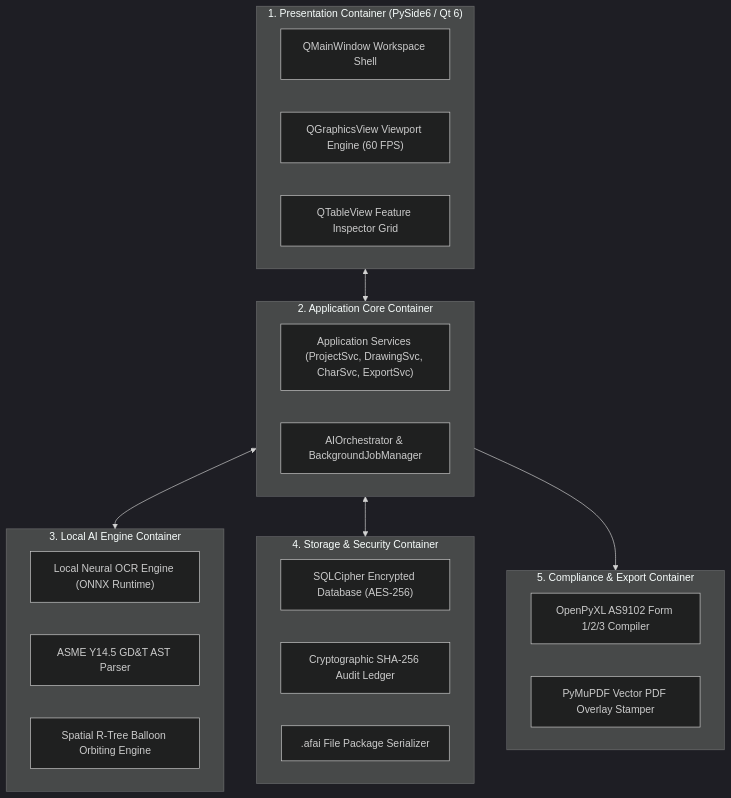
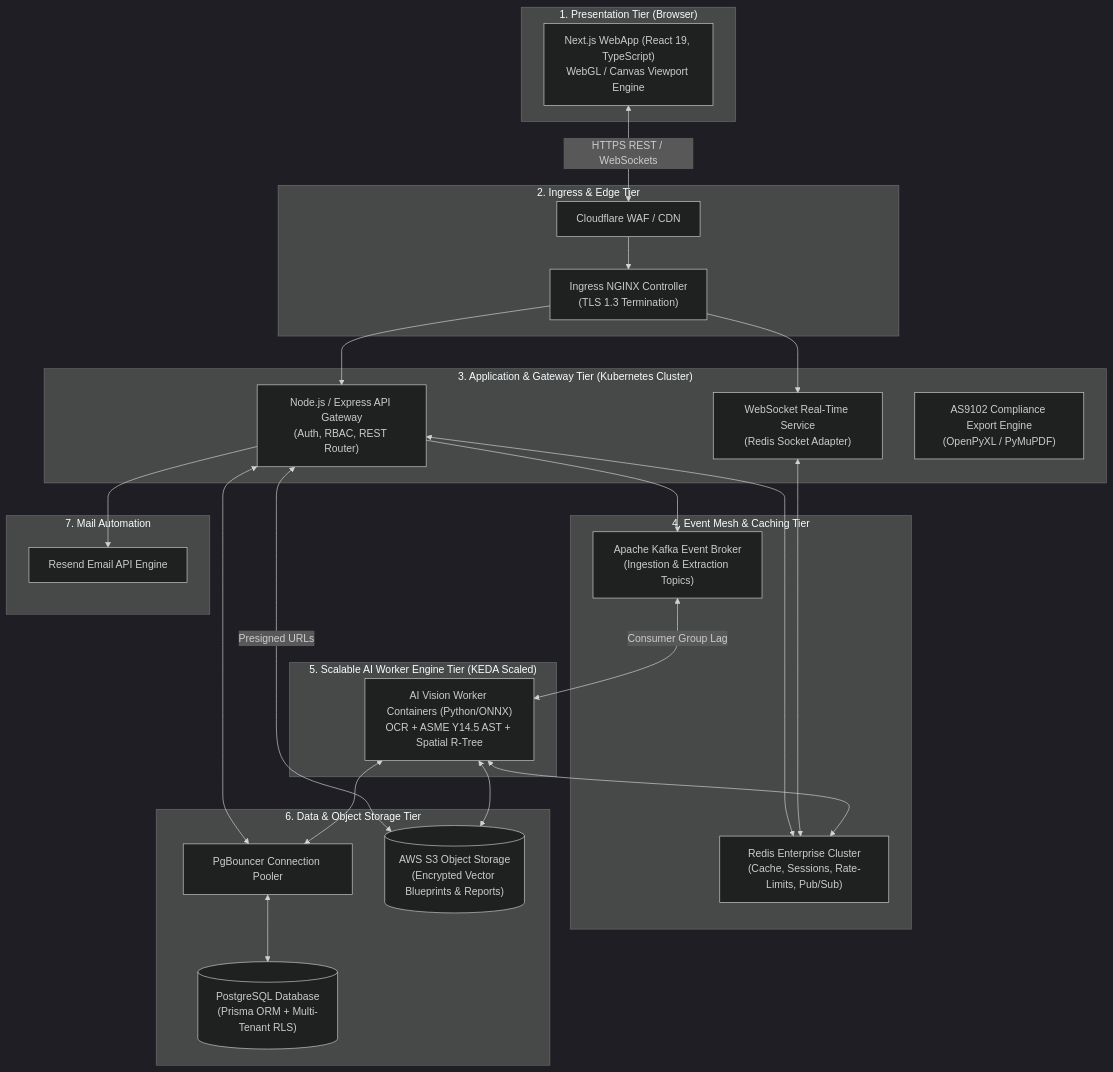
One commit to LoonistApp/Loonist changed the second of 5 diagrams in Phase_2_High_Level_Design.md. Above: the diagram before and after it, drawn with Mermaid (dark theme). The commit also changed other lines of this file and 4 other files, not shown here.

Commit message:
Refactor Phase 3 architecture document to remove bullet lists and improve flow

````diff
--- a/Phase_2_High_Level_Design.md
+++ b/Phase_2_High_Level_Design.md
@@ -59,35 +79,55 @@
 ```mermaid
 flowchart TD
-    subgraph Presentation_Container ["1. Presentation Container (PySide6 / Qt 6)"]
-        UI_Shell["QMainWindow Workspace Shell"]
-        UI_Canvas["QGraphicsView Viewport Engine (60 FPS)"]
-        UI_Grid["QTableView Feature Inspector Grid"]
+    subgraph Client_Tier ["1. Presentation Tier (Browser)"]
+        NextUI["Next.js WebApp (React 19, TypeScript)\nWebGL / Canvas Viewport Engine"]
     end
 
-    subgraph Core_Container ["2. Application Core Container"]
-        Services["Application Services (ProjectSvc, DrawingSvc, CharSvc, ExportSvc)"]
-        Orchestrator["AIOrchestrator & BackgroundJobManager"]
+    subgraph Edge_Tier ["2. Ingress & Edge Tier"]
+        WAF["Cloudflare WAF / CDN"]
+        Ingress["Ingress NGINX Controller\n(TLS 1.3 Termination)"]
     end
 
-    subgraph Local_AI_Container ["3. Local AI Engine Container"]
-        OCR_Engine["Local Neural OCR Engine (ONNX Runtime)"]
-        GDT_Engine["ASME Y14.5 GD&T AST Parser"]
-        Orbit_Engine["Spatial R-Tree Balloon Orbiting Engine"]
+    subgraph Application_Tier ["3. Application & Gateway Tier (Kubernetes Cluster)"]
+        APIGateway["Node.js / Express API Gateway\n(Auth, RBAC, REST Router)"]
+        SocketGateway["WebSocket Real-Time Service\n(Redis Socket Adapter)"]
+        ExportService["AS9102 Compliance Export Engine\n(OpenPyXL / PyMuPDF)"]
     end
 
-    subgraph Storage_Security_Container ["4. Storage & Security Container"]
-        SQLCipher["SQLCipher Encrypted Database (AES-256)"]
-        AuditLedger["Cryptographic SHA-256 Audit Ledger"]
-        PackageMgr[".afai File Package Serializer"]
+    subgraph Async_Event_Mesh ["4. Event Mesh & Caching Tier"]
+        Kafka["Apache Kafka Event Broker\n(Ingestion & Extraction Topics)"]
+        Redis["Redis Enterprise Cluster\n(Cache, Sessions, Rate-Limits, Pub/Sub)"]
     end
 
-    subgraph Export_Container ["5. Compliance & Export Container"]
-        ExcelComp["OpenPyXL AS9102 Form 1/2/3 Compiler"]
-        PDFStamper["PyMuPDF Vector PDF Overlay Stamper"]
+    subgraph AI_Worker_Tier ["5. Scalable AI Worker Engine Tier (KEDA Scaled)"]
+        WorkerPool["AI Vision Worker Containers (Python/ONNX)\nOCR + ASME Y14.5 AST + Spatial R-Tree"]
     end
 
-    Presentation_Container <--> Core_Container
-    Core_Container <--> Local_AI_Container
-    Core_Container <--> Storage_Security_Container
-    Core_Container --> Export_Container
+    subgraph Data_Storage_Tier ["6. Data & Object Storage Tier"]
+        PgBouncer["PgBouncer Connection Pooler"]
+        Postgres[("PostgreSQL Database\n(Prisma ORM + Multi-Tenant RLS)")]
+        S3Bucket[("AWS S3 Object Storage\n(Encrypted Vector Blueprints & Reports)")]
+    end
+
+    subgraph External_Integrations ["7. Mail Automation"]
+        ResendAPI["Resend Email API Engine"]
+    end
+
+    NextUI <-->|HTTPS REST / WebSockets| WAF
+    WAF --> Ingress
+    Ingress --> APIGateway & SocketGateway
+
+    APIGateway <--> Redis
+    APIGateway --> Kafka
+    APIGateway <--> PgBouncer
+    APIGateway --> ResendAPI
+    APIGateway <-->|Presigned URLs| S3Bucket
+
+    SocketGateway <--> Redis
+
+    Kafka <-->|Consumer Group Lag| WorkerPool
+    WorkerPool <--> Redis
+    WorkerPool <--> PgBouncer
+    WorkerPool <--> S3Bucket
+
+    PgBouncer <--> Postgres
 ```
````
